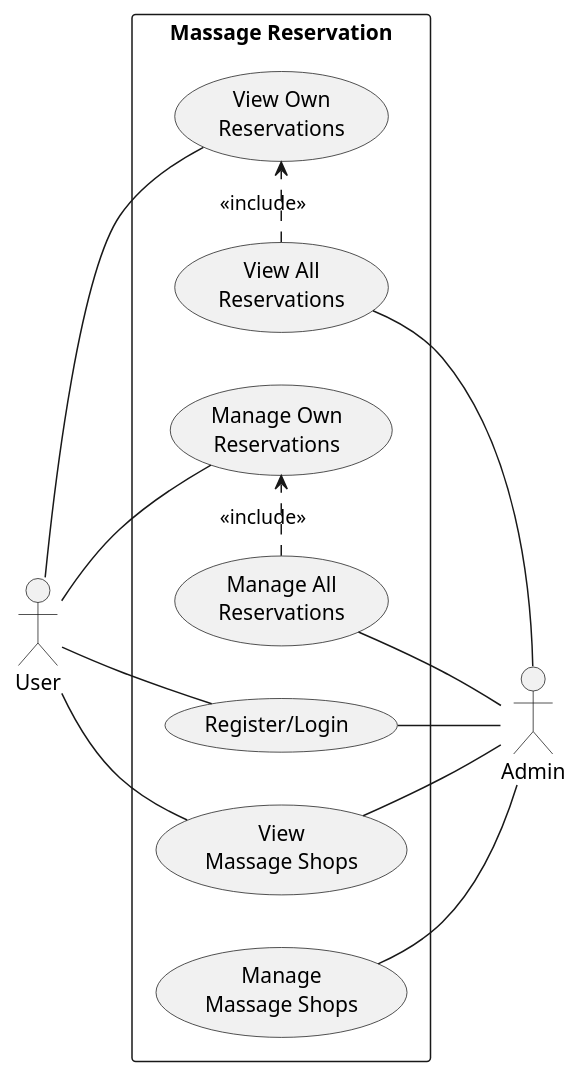
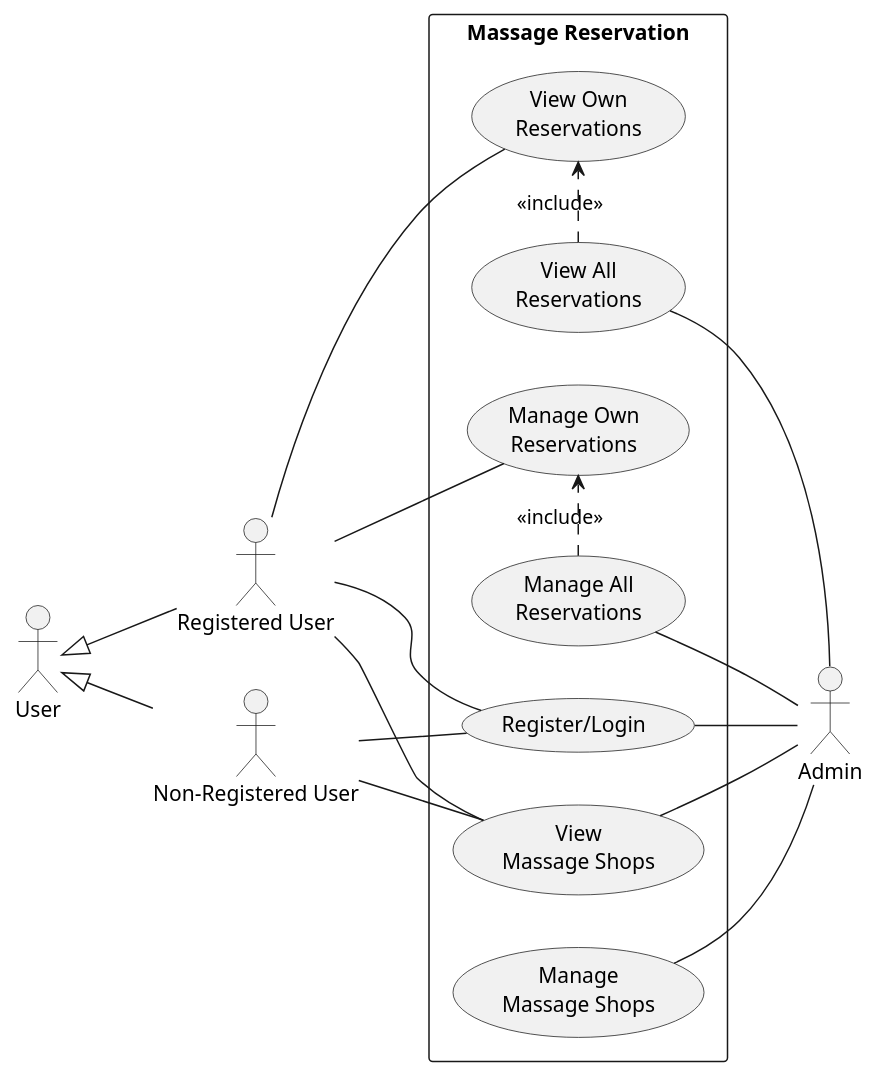
Before and after one commit to 2110503TACEDT66/presentation-day-1-organic-soi-ju: the diagram in UseCaseDiagram.puml, drawn with PlantUML.

Commit message:
Classify non-registered and register user in UseCaseDiagram

```diff
--- a/UseCaseDiagram.puml
+++ b/UseCaseDiagram.puml
@@ -1,29 +1,35 @@
 @startuml Massage Reservation Use Case Diagram
 left to right direction
-actor "User" as user
+actor "Registered User" as registeredUser
 rectangle "Massage Reservation" as MassageSystem {
     usecase "Register/Login" as registerlogin
     usecase "View\nMassage Shops" as viewMassageShop
     usecase "Manage\nMassage Shops" as manageMassageShop
     usecase "Manage All\nReservations" as manageAllReservation
     usecase "Manage Own\nReservations" as manageOwnReservation
     usecase "View Own\nReservations" as viewOwnReservation
     usecase "View All\nReservations" as viewAllReservation
 }
-
 viewAllReservation .> viewOwnReservation : <<include>>
 manageAllReservation .> manageOwnReservation : <<include>>
 
-user -- registerlogin
-user -- viewMassageShop
-user -- manageOwnReservation
-user -- viewOwnReservation
+registeredUser -- registerlogin
+registeredUser -- viewMassageShop
+registeredUser -- manageOwnReservation
+registeredUser -- viewOwnReservation
+
+actor "Non-Registered User" as nonregistered
+nonregistered -- registerlogin
+nonregistered -- viewMassageShop
+
+User <|-- registeredUser
+User <|-- nonregistered
 
 actor "Admin" as admin
 registerlogin -- admin
 manageMassageShop -- admin
 viewAllReservation -- admin
 manageAllReservation -- admin
 viewMassageShop -- admin
 
 @enduml
```
